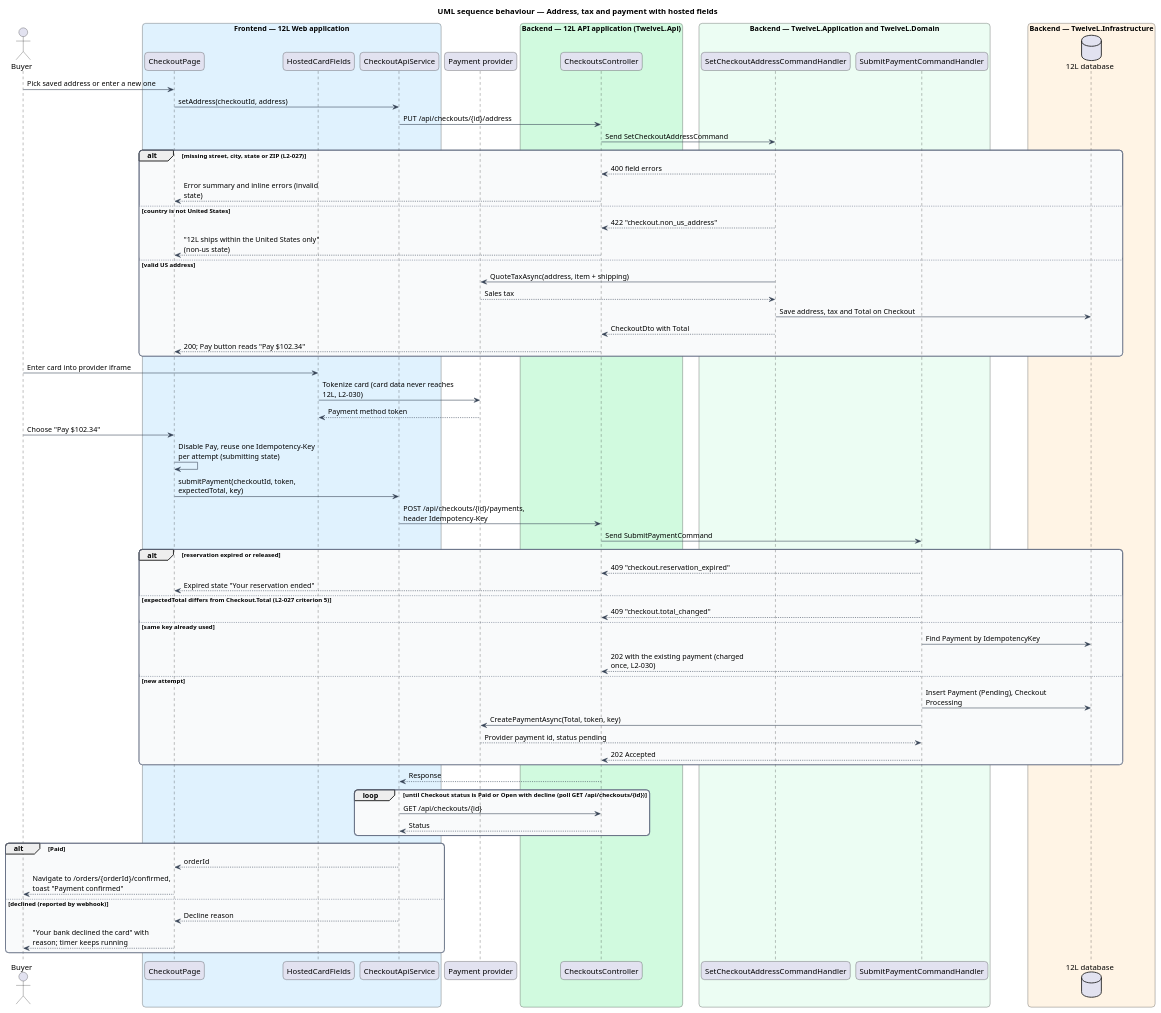
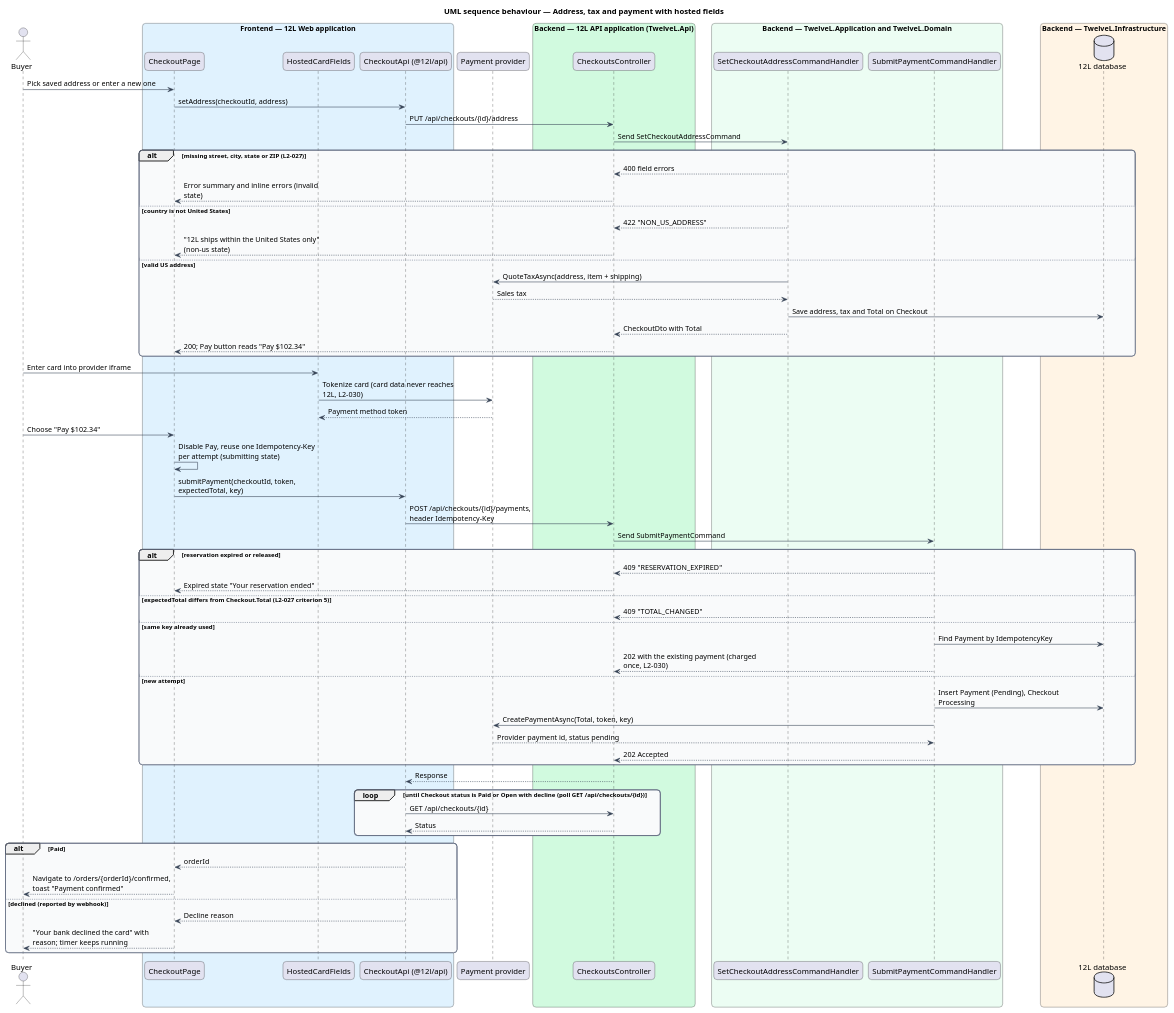
One commit to QuinntyneBrown/12l changed the diagram in docs/detailed-designs/orders/checkout-and-pay/diagrams/sequence-pay.puml. Above: the diagram before and after it, drawn with PlantUML. The commit also changed 66 other files, not shown here.

```diff
--- a/docs/detailed-designs/orders/checkout-and-pay/diagrams/sequence-pay.puml
+++ b/docs/detailed-designs/orders/checkout-and-pay/diagrams/sequence-pay.puml
@@ -1,87 +1,87 @@
 @startuml
 title UML sequence behaviour — Address, tax and payment with hosted fields
 skinparam backgroundColor #FFFFFF
 skinparam shadowing false
 skinparam roundcorner 12
 skinparam defaultFontName Arial
 skinparam ArrowColor #344054
 skinparam rectangle {
   BorderColor #344054
   FontColor #101828
 }
 skinparam package {
   BorderColor #667085
   FontColor #101828
   BackgroundColor #F9FAFB
 }
 skinparam sequenceMessageAlign left
 skinparam maxMessageSize 260
 actor "Buyer" as actor
 box "Frontend — 12L Web application" #E0F2FE
   participant "CheckoutPage" as page
   participant "HostedCardFields" as hf
-  participant "CheckoutApiService" as client
+  participant "CheckoutApi (@12l/api)" as client
 end box
 participant "Payment provider" as pay
 box "Backend — 12L API application (TwelveL.Api)" #D1FADF
   participant "CheckoutsController" as ctrl
 end box
 box "Backend — TwelveL.Application and TwelveL.Domain" #ECFDF3
   participant "SetCheckoutAddressCommandHandler" as qh
   participant "SubmitPaymentCommandHandler" as ph
 end box
 box "Backend — TwelveL.Infrastructure" #FFF4E5
   database "12L database" as db
 end box
 actor -> page : Pick saved address or enter a new one
 page -> client : setAddress(checkoutId, address)
 client -> ctrl : PUT /api/checkouts/{id}/address
 ctrl -> qh : Send SetCheckoutAddressCommand
 alt missing street, city, state or ZIP (L2-027)
   qh --> ctrl : 400 field errors
   ctrl --> page : Error summary and inline errors (invalid state)
 else country is not United States
-  qh --> ctrl : 422 "checkout.non_us_address"
+  qh --> ctrl : 422 "NON_US_ADDRESS"
   ctrl --> page : "12L ships within the United States only" (non-us state)
 else valid US address
   qh -> pay : QuoteTaxAsync(address, item + shipping)
   pay --> qh : Sales tax
   qh -> db : Save address, tax and Total on Checkout
   qh --> ctrl : CheckoutDto with Total
   ctrl --> page : 200; Pay button reads "Pay $102.34"
 end
 actor -> hf : Enter card into provider iframe
 hf -> pay : Tokenize card (card data never reaches 12L, L2-030)
 pay --> hf : Payment method token
 actor -> page : Choose "Pay $102.34"
 page -> page : Disable Pay, reuse one Idempotency-Key per attempt (submitting state)
 page -> client : submitPayment(checkoutId, token, expectedTotal, key)
 client -> ctrl : POST /api/checkouts/{id}/payments, header Idempotency-Key
 ctrl -> ph : Send SubmitPaymentCommand
 alt reservation expired or released
-  ph --> ctrl : 409 "checkout.reservation_expired"
+  ph --> ctrl : 409 "RESERVATION_EXPIRED"
   ctrl --> page : Expired state "Your reservation ended"
 else expectedTotal differs from Checkout.Total (L2-027 criterion 5)
-  ph --> ctrl : 409 "checkout.total_changed"
+  ph --> ctrl : 409 "TOTAL_CHANGED"
 else same key already used
   ph -> db : Find Payment by IdempotencyKey
   ph --> ctrl : 202 with the existing payment (charged once, L2-030)
 else new attempt
   ph -> db : Insert Payment (Pending), Checkout Processing
   ph -> pay : CreatePaymentAsync(Total, token, key)
   pay --> ph : Provider payment id, status pending
   ph --> ctrl : 202 Accepted
 end
 ctrl --> client : Response
 loop until Checkout status is Paid or Open with decline (poll GET /api/checkouts/{id})
   client -> ctrl : GET /api/checkouts/{id}
   ctrl --> client : Status
 end
 alt Paid
   client --> page : orderId
   page --> actor : Navigate to /orders/{orderId}/confirmed, toast "Payment confirmed"
 else declined (reported by webhook)
   client --> page : Decline reason
   page --> actor : "Your bank declined the card" with reason; timer keeps running
 end
 @enduml
```
